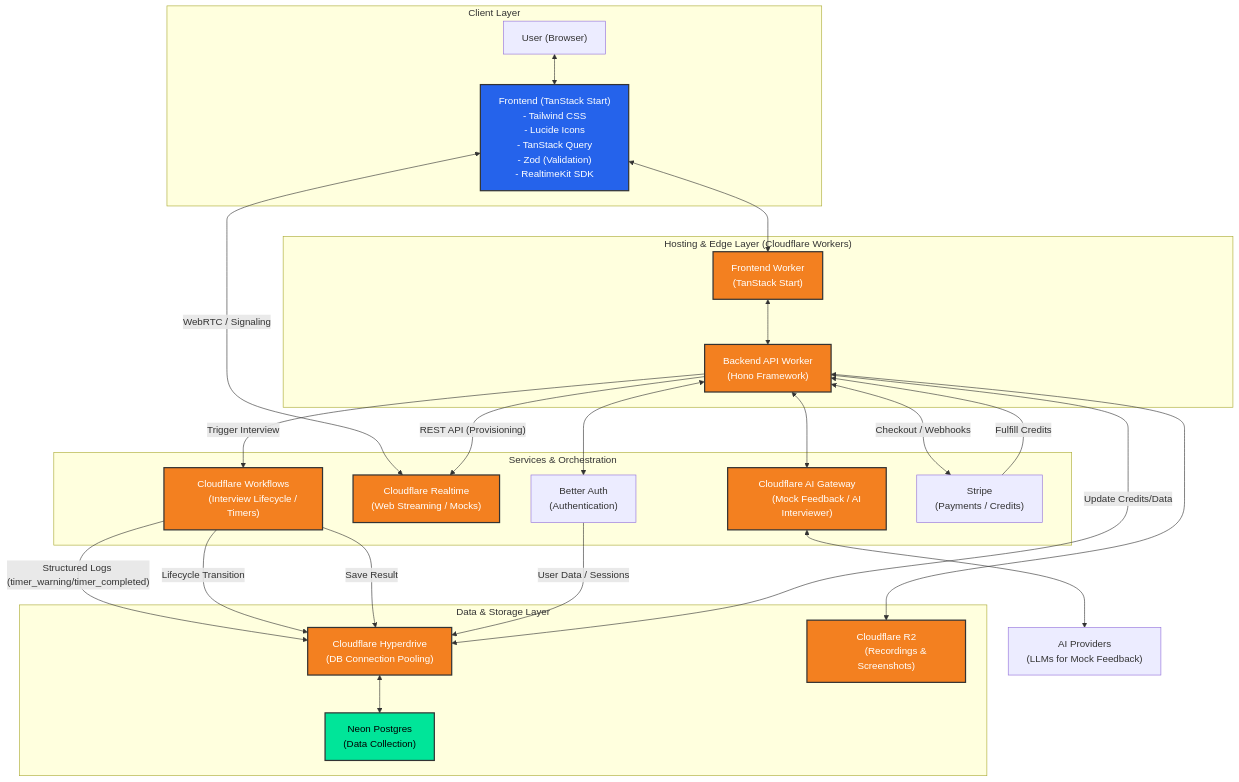
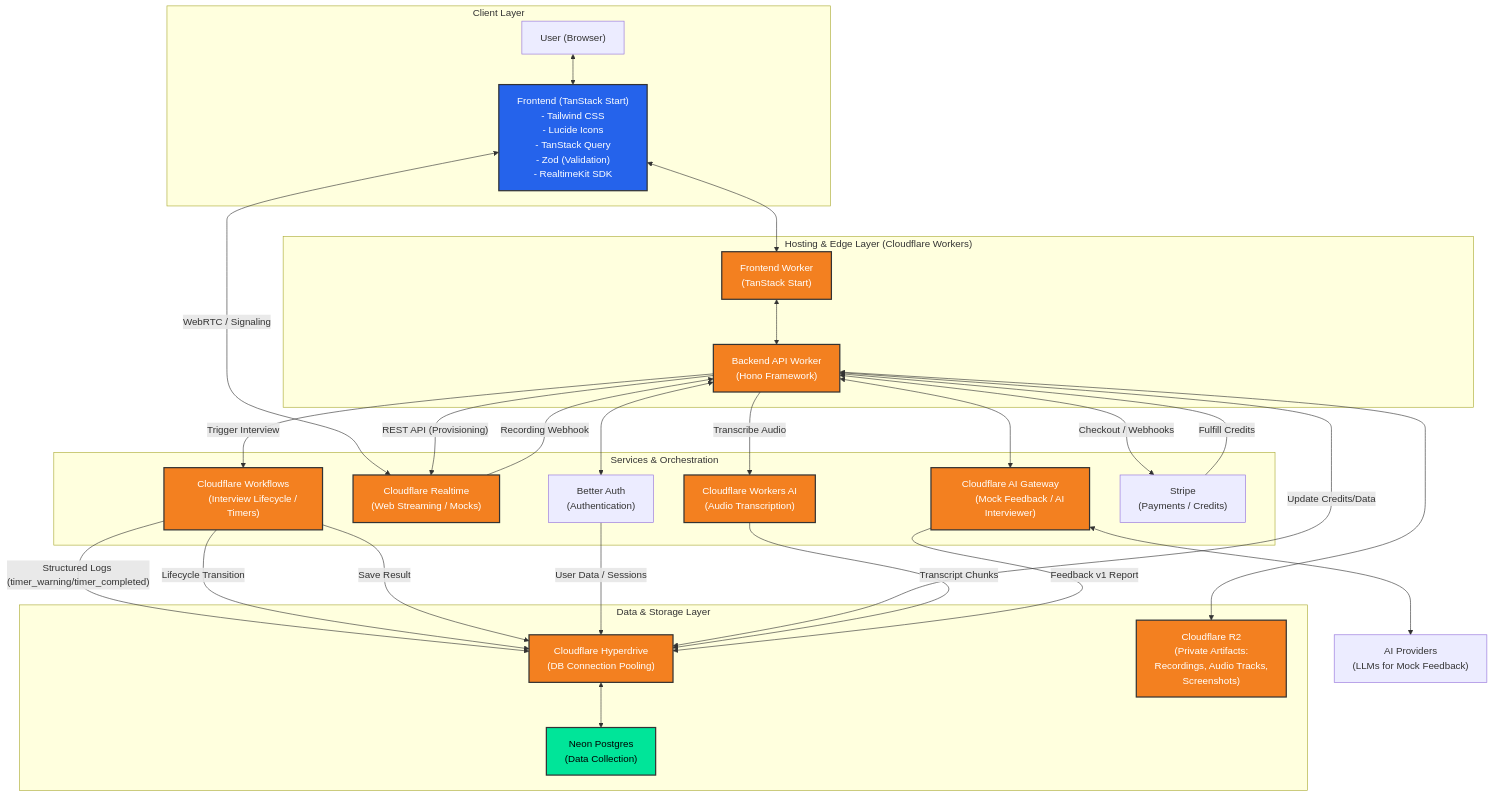
One commit to joseiciano/mako changed the diagram in docs/system/diagrams/realtime_interview.md. Above: the diagram before and after it, drawn with Mermaid. The commit also changed other lines of this file and 12 other files, not shown here.

````diff
--- a/docs/system/diagrams/realtime_interview.md
+++ b/docs/system/diagrams/realtime_interview.md
@@ -30,6 +30,8 @@
         (Interview Lifecycle / Timers)"]
         AIGateway["Cloudflare AI Gateway
         (Mock Feedback / AI Interviewer)"]
+        WorkersAI["Cloudflare Workers AI
+        (Audio Transcription)"]
         Stripe["Stripe
         (Payments / Credits)"]
     end
@@ -40,7 +42,9 @@
         DB["Neon Postgres
         (Data Collection)"]
         R2["Cloudflare R2
-        (Recordings & Screenshots)"]
+        (Private Artifacts:
+         Recordings, Audio Tracks,
+         Screenshots)"]
     end
 
     %% Relationships
@@ -68,6 +72,10 @@
     BE_Worker -- "Update Credits/Data" --> Hyperdrive
     Hyperdrive <--> DB
     BE_Worker <--> R2
+    BE_Worker -- "Transcribe Audio" --> WorkersAI
+    WorkersAI -- "Transcript Chunks" --> Hyperdrive
+    AIGateway -- "Feedback v1 Report" --> Hyperdrive
+    Realtime -- "Recording Webhook" --> BE_Worker
 
     %% AI Integration
     AIGateway <--> AIProviders["AI Providers
@@ -78,7 +86,7 @@
     classDef database fill:#00e599,stroke:#333,stroke-width:2px,color:#000;
     classDef frontend fill:#2563eb,stroke:#333,stroke-width:2px,color:#fff;
     
-    class FE_Worker,BE_Worker,Realtime,AIGateway,Hyperdrive,R2,Workflows cloudflare;
+    class FE_Worker,BE_Worker,Realtime,AIGateway,Hyperdrive,R2,Workflows,WorkersAI cloudflare;
     class DB database;
     class FE_Stack frontend;
 ```
````
